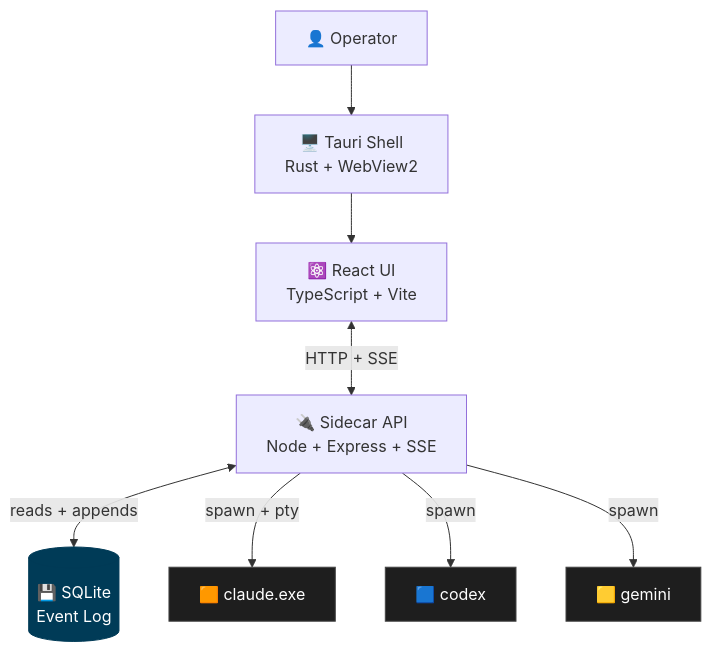
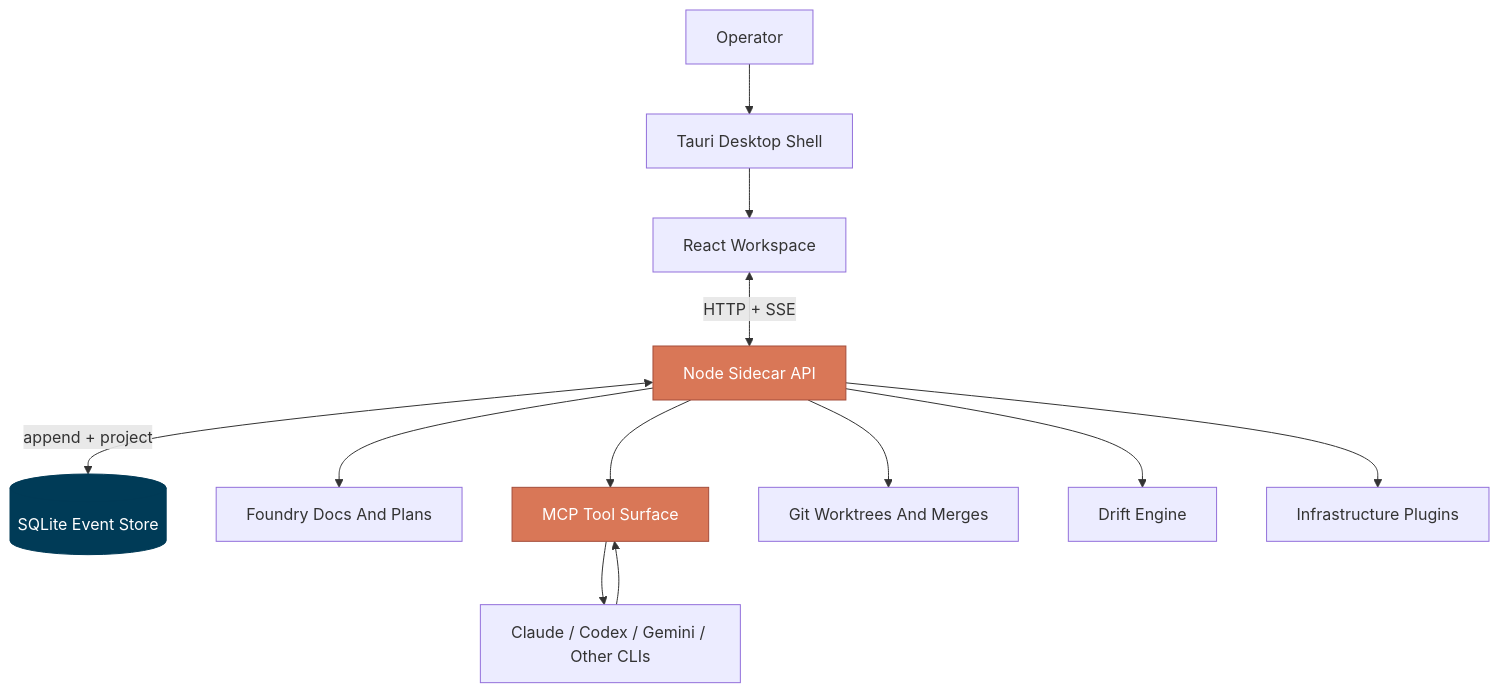
One commit to TheOverAchievingDev/T.O.A.D changed the diagram in README.md. Above: the diagram before and after it, drawn with Mermaid. The commit also changed other lines of this file and 2233 other files, not shown here.

````diff
--- a/README.md
+++ b/README.md
@@ -133,24 +129,31 @@
 ```mermaid
 graph TB
-  User[👤 Operator]
-  Tauri[🖥️ Tauri Shell<br/>Rust + WebView2]
-  UI[⚛️ React UI<br/>TypeScript + Vite]
-  API[🔌 Sidecar API<br/>Node + Express + SSE]
-  DB[(💾 SQLite<br/>Event Log)]
-  Claude[🟧 claude.exe]
-  Codex[🟦 codex]
-  Gemini[🟨 gemini]
+  Operator["Operator"]
+  Shell["Tauri Desktop Shell"]
+  UI["React Workspace"]
+  API["Node Sidecar API"]
+  DB[("SQLite Event Store")]
+  Foundry["Foundry Docs And Plans"]
+  MCP["MCP Tool Surface"]
+  Git["Git Worktrees And Merges"]
+  Drift["Drift Engine"]
+  Plugins["Infrastructure Plugins"]
+  Agents["Claude / Codex / Gemini / Other CLIs"]
 
-  User --> Tauri
-  Tauri --> UI
+  Operator --> Shell
+  Shell --> UI
   UI <-->|HTTP + SSE| API
-  API <-->|reads + appends| DB
-  API -->|spawn + pty| Claude
-  API -->|spawn| Codex
-  API -->|spawn| Gemini
+  API <-->|append + project| DB
+  API --> Foundry
+  API --> MCP
+  API --> Git
+  API --> Drift
+  API --> Plugins
+  MCP --> Agents
+  Agents --> MCP
 
   classDef store fill:#003B57,color:#fff,stroke:#003B57
-  classDef cli fill:#1e1e1e,color:#fff,stroke:#444
+  classDef core fill:#d97757,color:#fff,stroke:#a44d3a
   class DB store
-  class Claude,Codex,Gemini cli
+  class API,MCP core
 ```
````
